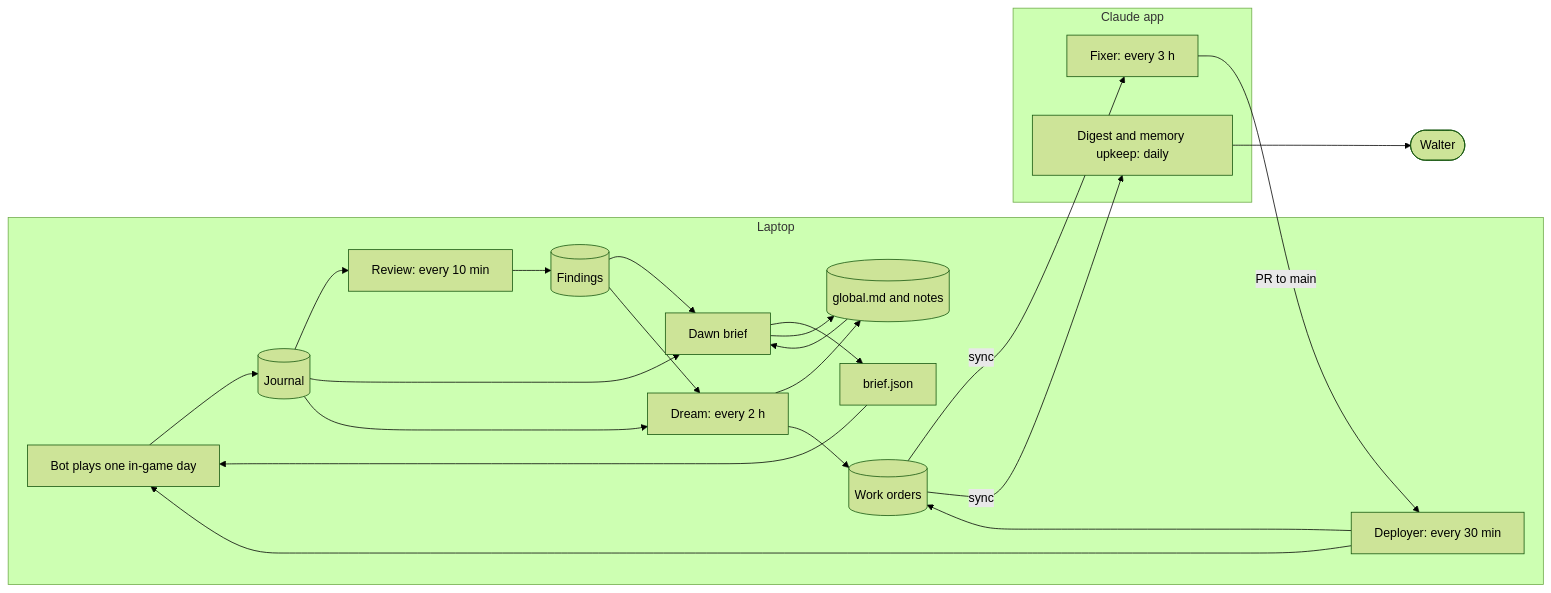
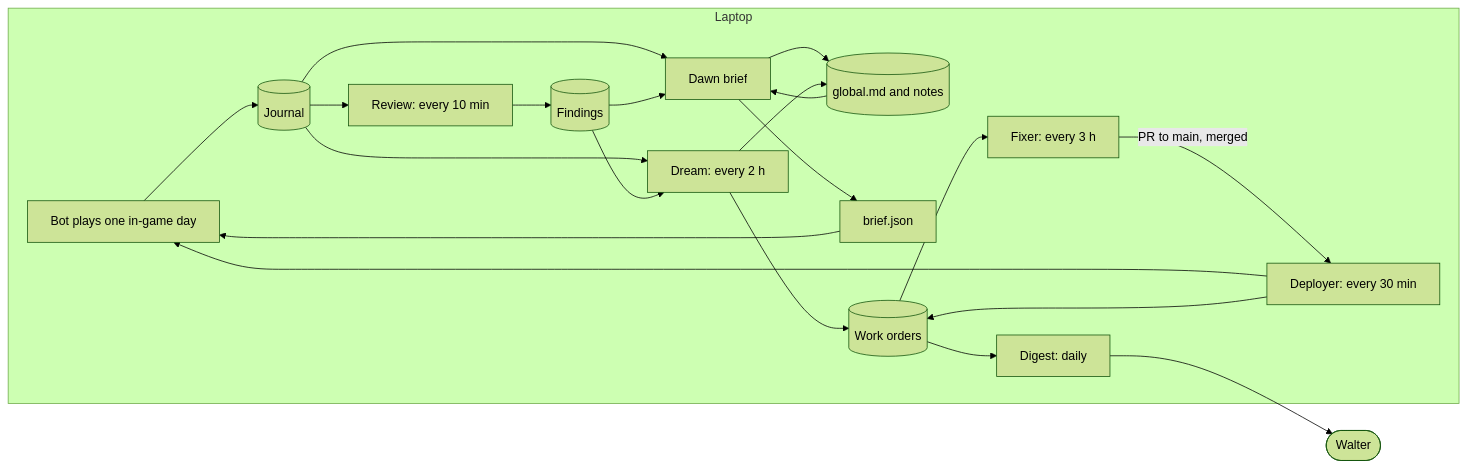
One commit to wojoe-444/MC-Player changed the diagram in docs/MEMORY-LOOP.md. Above: the diagram before and after it, drawn with Mermaid (forest theme). The commit also changed other lines of this file and 17 other files, not shown here.

````diff
--- a/docs/MEMORY-LOOP.md
+++ b/docs/MEMORY-LOOP.md
@@ -177,28 +177,24 @@
 ```mermaid
 flowchart LR
   subgraph laptop [Laptop]
     play["Bot plays one in-game day"] --> journal[("Journal")]
     journal --> review["Review: every 10 min"]
     review --> findings[("Findings")]
     journal --> brief["Dawn brief"]
     findings --> brief
     memory[("global.md and notes")] --> brief
     brief --> plan["brief.json"]
     brief --> memory
     plan --> play
     journal --> dream["Dream: every 2 h"]
     findings --> dream
     dream --> memory
     dream --> orders[("Work orders")]
     deployer["Deployer: every 30 min"] --> play
     deployer --> orders
+    orders --> fixer["Fixer: every 3 h"]
+    fixer -- "PR to main, merged" --> deployer
+    orders --> digest["Digest: daily"]
   end
-  subgraph app [Claude app]
-    fixer["Fixer: every 3 h"]
-    digest["Digest and memory upkeep: daily"]
-  end
-  orders -- sync --> fixer
-  orders -- sync --> digest
-  fixer -- "PR to main" --> deployer
   digest --> walter(["Walter"])
 ```
````
